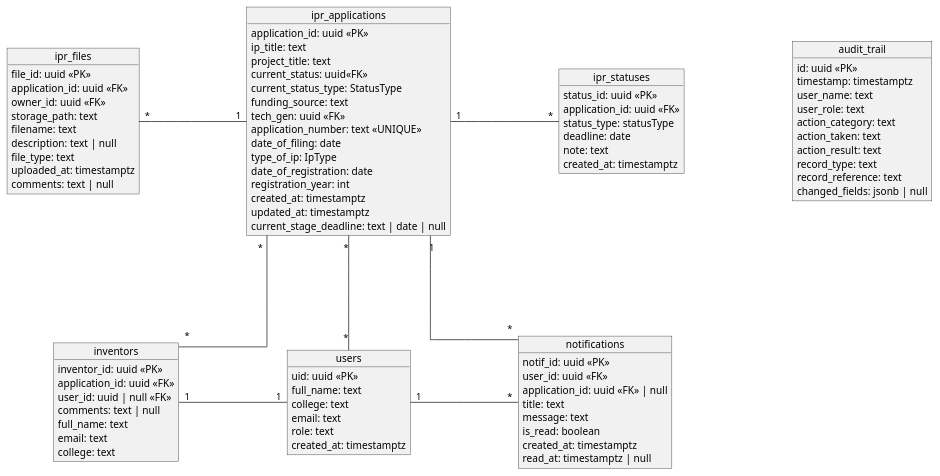
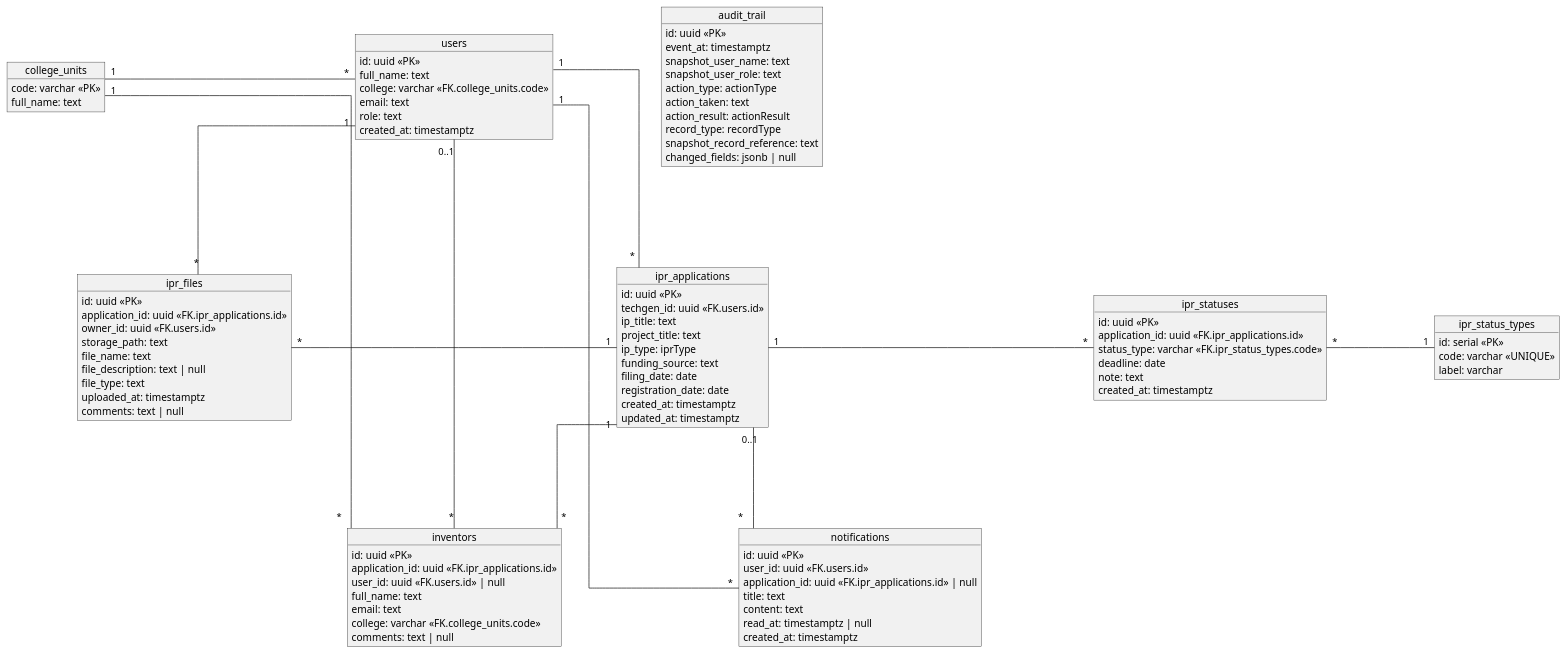
The diagram in uml diagrams code/db_design.wsd (jrolana/iris), drawn with PlantUML before and after one commit. The commit also changed 8 other files, not shown here.

```diff
--- a/uml diagrams code/db_design.wsd
+++ b/uml diagrams code/db_design.wsd
@@ -1,102 +1,124 @@
 @startuml
-
 hide circle
 skinparam objectAttributeIconSize 0
 skinparam linetype ortho
 skinparam NodeSep 150
 skinparam RankSep 140
 
+' ----------------------
+' Lookup Tables
+' ----------------------
 
+object "college_units" as colleges {
+  code: varchar <<PK>>
+  full_name: text
+}
+
+object "ipr_status_types" as status_types {
+  id: serial <<PK>>
+  code: varchar <<UNIQUE>>
+  label: varchar
+}
+
+' ----------------------
+' Main Tables
+' ----------------------
 
 object "users" as users {
-  uid: uuid <<PK>>
+  id: uuid <<PK>>
   full_name: text
-  college: text
+  college: varchar <<FK.college_units.code>>
   email: text
   role: text
   created_at: timestamptz
 }
-'
+
 object "ipr_applications" as applications {
-  application_id: uuid <<PK>>
+  id: uuid <<PK>>
+  techgen_id: uuid <<FK.users.id>>
   ip_title: text
   project_title: text
-  current_status: uuid<<FK>>
-  ' for easy access of type (cached)
-  current_status_type: StatusType 
+  ip_type: iprType
   funding_source: text
-  tech_gen: uuid <<FK>>
-  application_number: text <<UNIQUE>>
-  date_of_filing: date
-  type_of_ip: IpType
-  date_of_registration: date
-  registration_year: int
+  filing_date: date
+  registration_date: date
   created_at: timestamptz
   updated_at: timestamptz
-  current_stage_deadline: text | date | null
 }
 
-object "notifications" as notifs{
-  notif_id: uuid <<PK>>
-  user_id: uuid <<FK>>
-  application_id: uuid <<FK>> | null
-  title: text
-  message: text
-  is_read: boolean
-  created_at: timestamptz
-  read_at: timestamptz | null
+object "inventors" as inv {
+  id: uuid <<PK>>
+  application_id: uuid <<FK.ipr_applications.id>>
+  user_id: uuid <<FK.users.id>> | null
+  full_name: text
+  email: text
+  college: varchar <<FK.college_units.code>>
+  comments: text | null
 }
 
 object "ipr_statuses" as statuses {
-  status_id: uuid <<PK>>
-  application_id: uuid <<FK>>
-  status_type: statusType
+  id: uuid <<PK>>
+  application_id: uuid <<FK.ipr_applications.id>>
+  status_type: varchar <<FK.ipr_status_types.code>>
   deadline: date
   note: text
   created_at: timestamptz
 }
 
 object "ipr_files" as files {
-  file_id: uuid <<PK>>
-  application_id: uuid <<FK>>
-  owner_id: uuid <<FK>>
+  id: uuid <<PK>>
+  application_id: uuid <<FK.ipr_applications.id>>
+  owner_id: uuid <<FK.users.id>>
   storage_path: text
-  filename: text
-  description: text | null
+  file_name: text
+  file_description: text | null
   file_type: text
   uploaded_at: timestamptz
   comments: text | null
 }
 
-object "inventors" as inv {
-  inventor_id: uuid <<PK>>
-  application_id: uuid <<FK>>
-  user_id: uuid | null <<FK>>
-  comments: text | null
-  full_name: text
-  email: text
-  college: text
+object "notifications" as notifs {
+  id: uuid <<PK>>
+  user_id: uuid <<FK.users.id>>
+  application_id: uuid <<FK.ipr_applications.id>> | null
+  title: text
+  content: text
+  read_at: timestamptz | null
+  created_at: timestamptz
 }
 
 object "audit_trail" as audit {
   id: uuid <<PK>>
-  timestamp: timestamptz
-  user_name: text
-  user_role: text
-  action_category: text
+  event_at: timestamptz
+  snapshot_user_name: text
+  snapshot_user_role: text
+  action_type: actionType
   action_taken: text
-  action_result: text
-  record_type: text
-  record_reference: text
+  action_result: actionResult
+  record_type: recordType
+  snapshot_record_reference: text
   changed_fields: jsonb | null
 }
 
+' ----------------------
+' Relationships
+' ----------------------
+
+' Techgen relationship (1 user can techgen many applications)
+users "1" -down- "*" applications
+
+' Inventors (junction table)
+applications "1" -- "*" inv
+users "0..1" -- "*" inv
+
+' Other FKs
+users "*" -left- "1" colleges
 applications "1" -left- "*" files
-users "*" -up- "*" applications
+files "*" -up- "1" users
 applications "1" -right- "*" statuses
-applications "*" -- "*" inv
-applications "1" -- "*" notifs
+statuses "*" -right- "1" status_types
+applications "0..1" -- "*" notifs
 users "1" -right- "*" notifs
-inv "1" -right- "1" users
+inv "*" -left- "1" colleges
 
 @enduml
```
